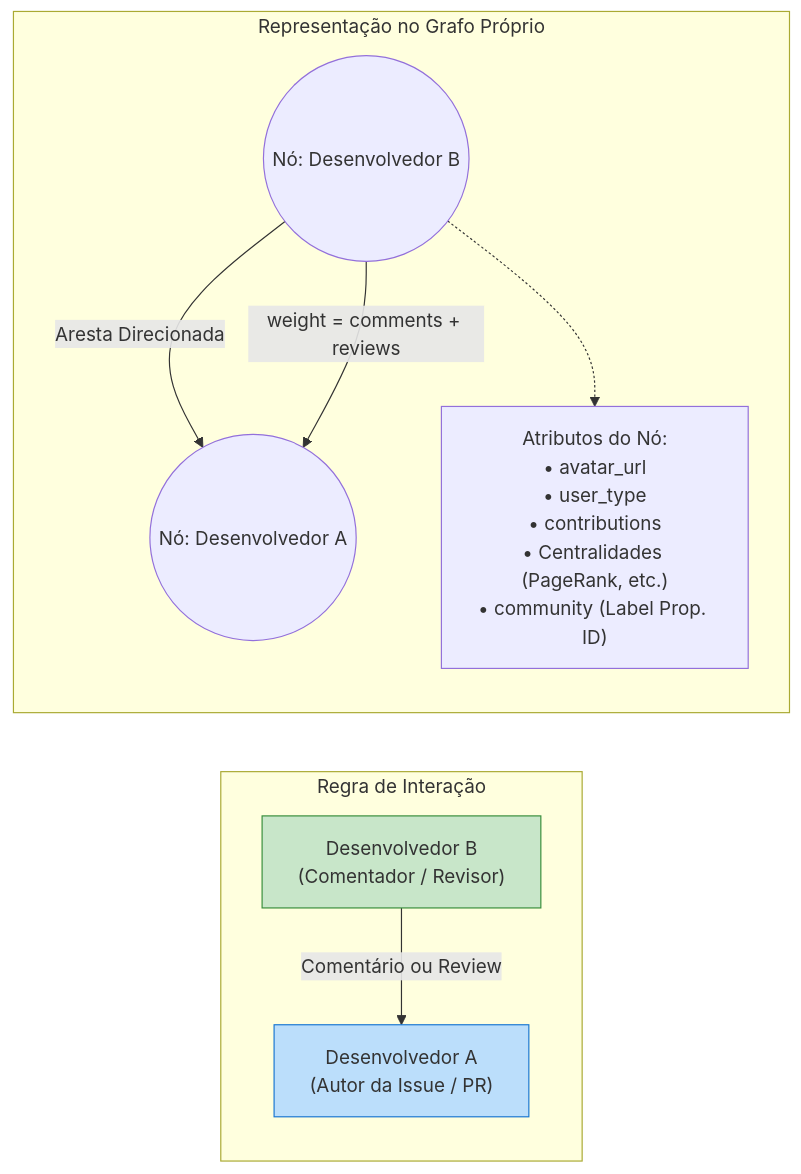
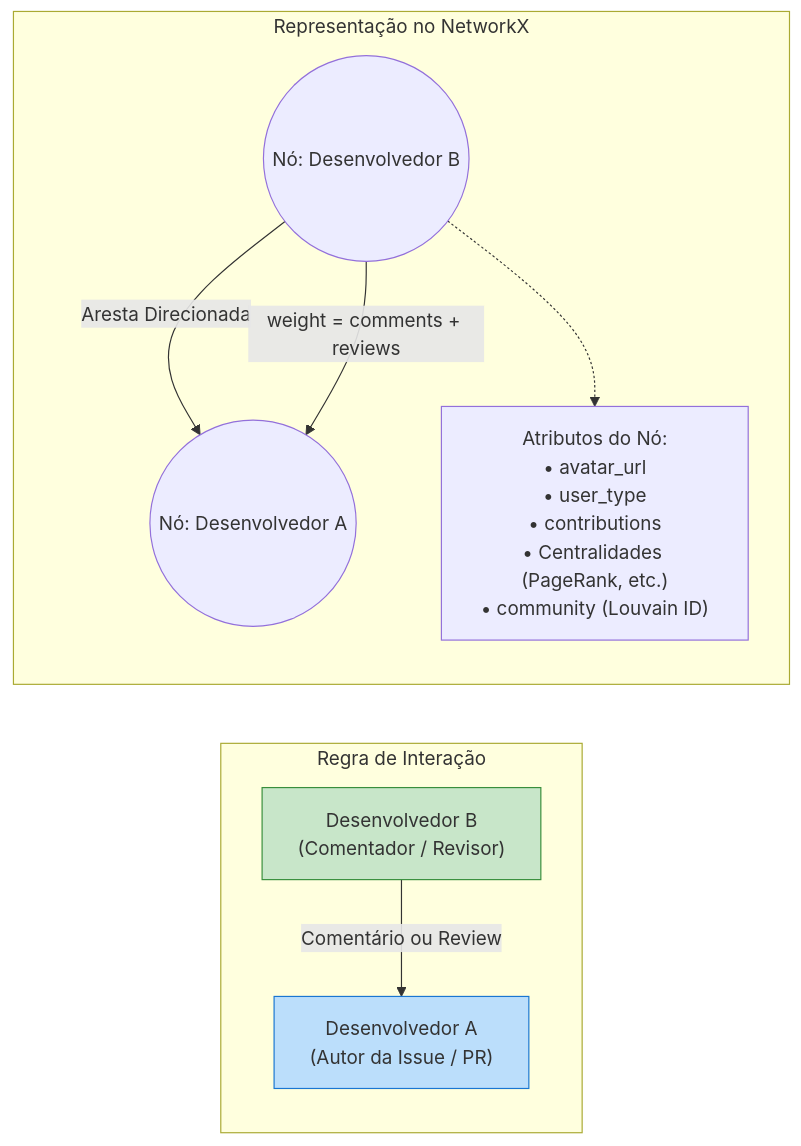
The second of 2 diagrams in README.md (bernardocdm/plane-graph-analysis), drawn with Mermaid before and after one commit. The commit also changed other lines of this file and 3 other files, not shown here.

````diff
--- a/README.md
+++ b/README.md
@@ -184,20 +184,20 @@
    ```mermaid
    graph LR
        subgraph Context ["Regra de Interação"]
            DevA["Desenvolvedor A <br/>(Autor da Issue / PR)"]
            DevB["Desenvolvedor B <br/>(Comentador / Revisor)"]
            
            DevB -->|Comentário ou Review| DevA
        end
 
-       subgraph NetworkModel ["Representação no Grafo Próprio"]
+       subgraph NetworkModel ["Representação no NetworkX"]
            NodeB((Nó: Desenvolvedor B)) -->|Aresta Direcionada| NodeA((Nó: Desenvolvedor A))
            
-           NodeB -.-> AttrB["Atributos do Nó:<br/>• avatar_url<br/>• user_type<br/>• contributions<br/>• Centralidades (PageRank, etc.)<br/>• community (Label Prop. ID)"]
+           NodeB -.-> AttrB["Atributos do Nó:<br/>• avatar_url<br/>• user_type<br/>• contributions<br/>• Centralidades (PageRank, etc.)<br/>• community (Louvain ID)"]
            
            NodeB -->|weight = comments + reviews| NodeA
        end
        
        style DevA fill:#bbdefb,stroke:#1976d2,stroke-width:1px
        style DevB fill:#c8e6c9,stroke:#388e3c,stroke-width:1px
    ```
````
